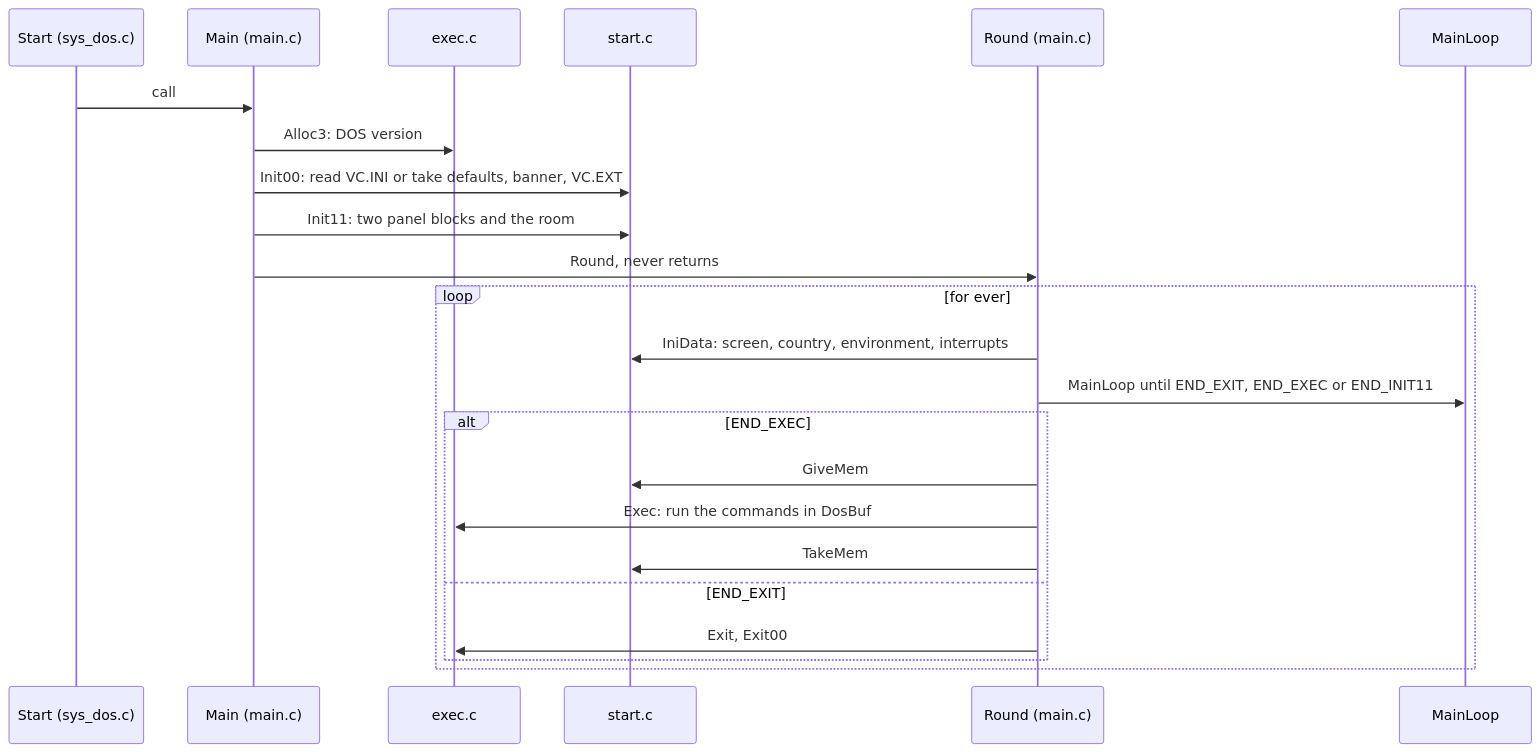
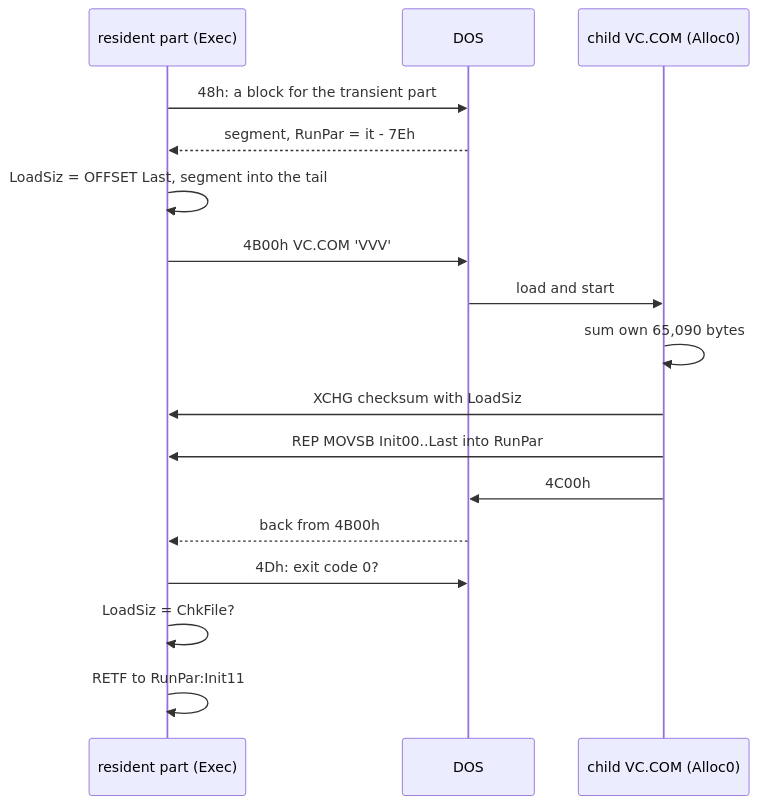
Before and after one commit to mmotorny/vibe_commander: the second of 5 diagrams in docs/design/01-the-program.md, drawn with Mermaid. The commit also changed other lines of this file and 1 other file, not shown here.

````diff
--- a/docs/design/01-the-program.md
+++ b/docs/design/01-the-program.md
@@ -200,25 +600,19 @@
 ```mermaid
 sequenceDiagram
-    participant S as Start (sys_dos.c)
-    participant M as Main (main.c)
-    participant X as exec.c
-    participant I as start.c
-    participant R as Round (main.c)
-    participant L as MainLoop
-    S->>M: call
-    M->>X: Alloc3: DOS version
-    M->>I: Init00: read VC.INI or take defaults, banner, VC.EXT
-    M->>I: Init11: two panel blocks and the room
-    M->>R: Round, never returns
-    loop for ever
-        R->>I: IniData: screen, country, environment, interrupts
-        R->>L: MainLoop until END_EXIT, END_EXEC or END_INIT11
-        alt END_EXEC
-            R->>I: GiveMem
-            R->>X: Exec: run the commands in DosBuf
-            R->>I: TakeMem
-        else END_EXIT
-            R->>X: Exit, Exit00
-        end
-    end
+    participant P as resident part (Exec)
+    participant D as DOS
+    participant C as child VC.COM (Alloc0)
+    P->>D: 48h: a block for the transient part
+    D-->>P: segment, RunPar = it - 7Eh
+    P->>P: LoadSiz = OFFSET Last, segment into the tail
+    P->>D: 4B00h VC.COM 'VVV'
+    D->>C: load and start
+    C->>C: sum own 65,090 bytes
+    C->>P: XCHG checksum with LoadSiz
+    C->>P: REP MOVSB Init00..Last into RunPar
+    C->>D: 4C00h
+    D-->>P: back from 4B00h
+    P->>D: 4Dh: exit code 0?
+    P->>P: LoadSiz = ChkFile?
+    P->>P: RETF to RunPar:Init11
 ```
````
